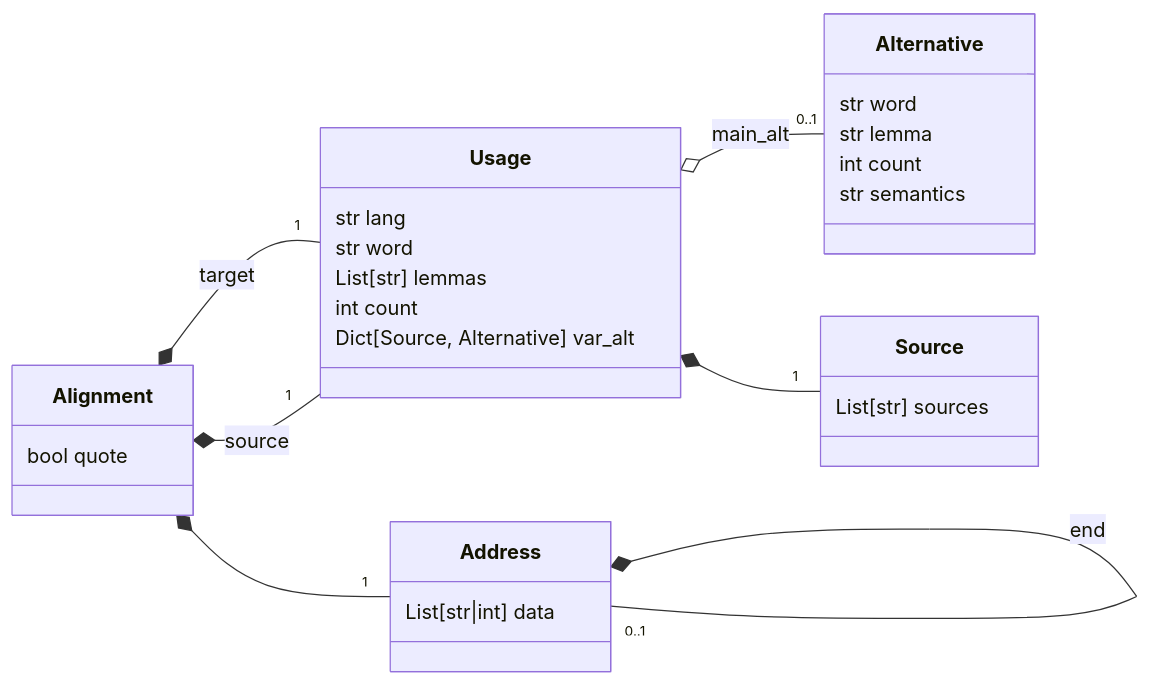
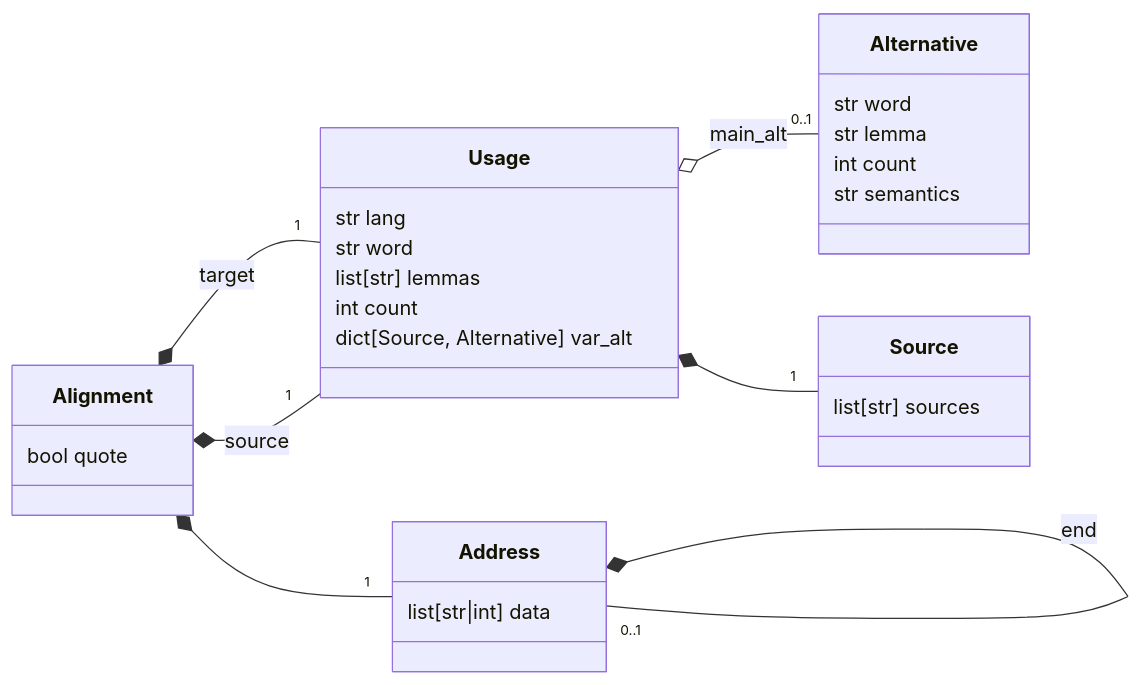
The second of 3 diagrams in integrator/README.md (mapto/UchitelnoEvangelie), drawn with Mermaid before and after one commit. The commit also changed other lines of this file and 9 other files, not shown here.

````diff
--- a/integrator/README.md
+++ b/integrator/README.md
@@ -95,30 +101,30 @@
 ```mermaid
 classDiagram
 direction LR
 
 class Address
-Address : List[str|int] data
+  Address : list[str|int] data
 class Alignment
-Alignment : bool quote
+  Alignment : bool quote
 class Usage
-Usage : str lang
-Usage : str word
-Usage : List[str] lemmas
-Usage : int count
-Usage : Dict[Source, Alternative] var_alt
-Usage : 
+  Usage : str lang
+  Usage : str word
+  Usage : list[str] lemmas
+  Usage : int count
+  Usage : dict[Source, Alternative] var_alt
+  Usage : 
 class Alternative
-Alternative: str word
-Alternative: str lemma
-Alternative: int count
-Alternative: str semantics
+  Alternative: str word
+  Alternative: str lemma
+  Alternative: int count
+  Alternative: str semantics
 class Source
-Source: List[str] sources
+  Source: list[str] sources
 
 Alignment *-- "1" Address
 Address *-- "0..1" Address: end
 Alignment *-- "1" Usage: target
 Alignment *-- "1" Usage: source
 Usage *-- "1" Source
 Usage o-- "0..1" Alternative: main_alt
 ```
````
